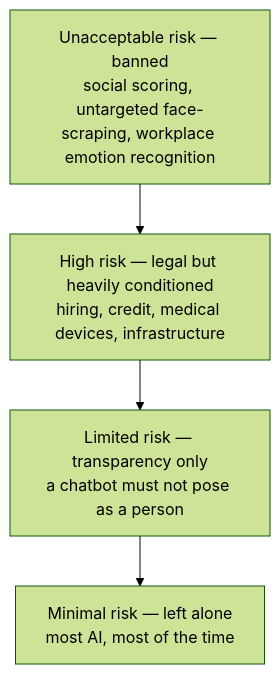
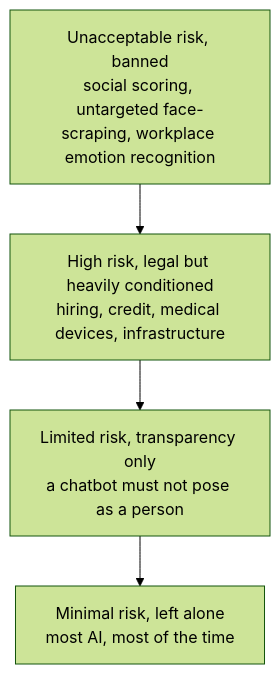
Before and after one commit to ChristineTham/aidou: the first of 2 diagrams in book/05-governance.md, drawn with Mermaid (forest theme). The commit also changed other lines of this file and 11 other files, not shown here.

````diff
--- a/book/05-governance.md
+++ b/book/05-governance.md
@@ -72,8 +126,8 @@
 ```mermaid
 flowchart TB
-    U["Unacceptable risk — banned<br/>social scoring, untargeted face-scraping, workplace emotion recognition"]
-    H["High risk — legal but heavily conditioned<br/>hiring, credit, medical devices, infrastructure"]
-    L["Limited risk — transparency only<br/>a chatbot must not pose as a person"]
-    M["Minimal risk — left alone<br/>most AI, most of the time"]
+    U["Unacceptable risk, banned<br/>social scoring, untargeted face-scraping, workplace emotion recognition"]
+    H["High risk, legal but heavily conditioned<br/>hiring, credit, medical devices, infrastructure"]
+    L["Limited risk, transparency only<br/>a chatbot must not pose as a person"]
+    M["Minimal risk, left alone<br/>most AI, most of the time"]
     U --> H --> L --> M
 ```
````
